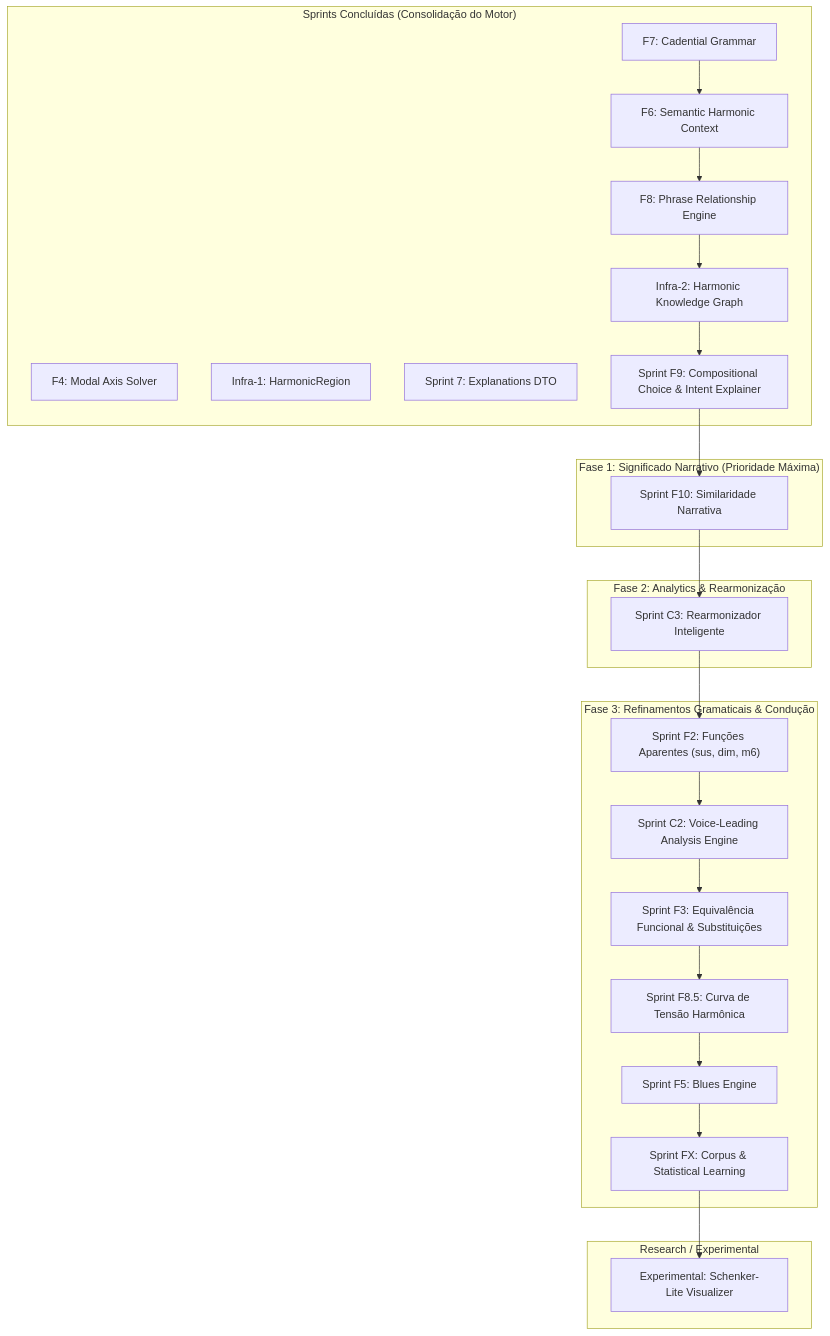
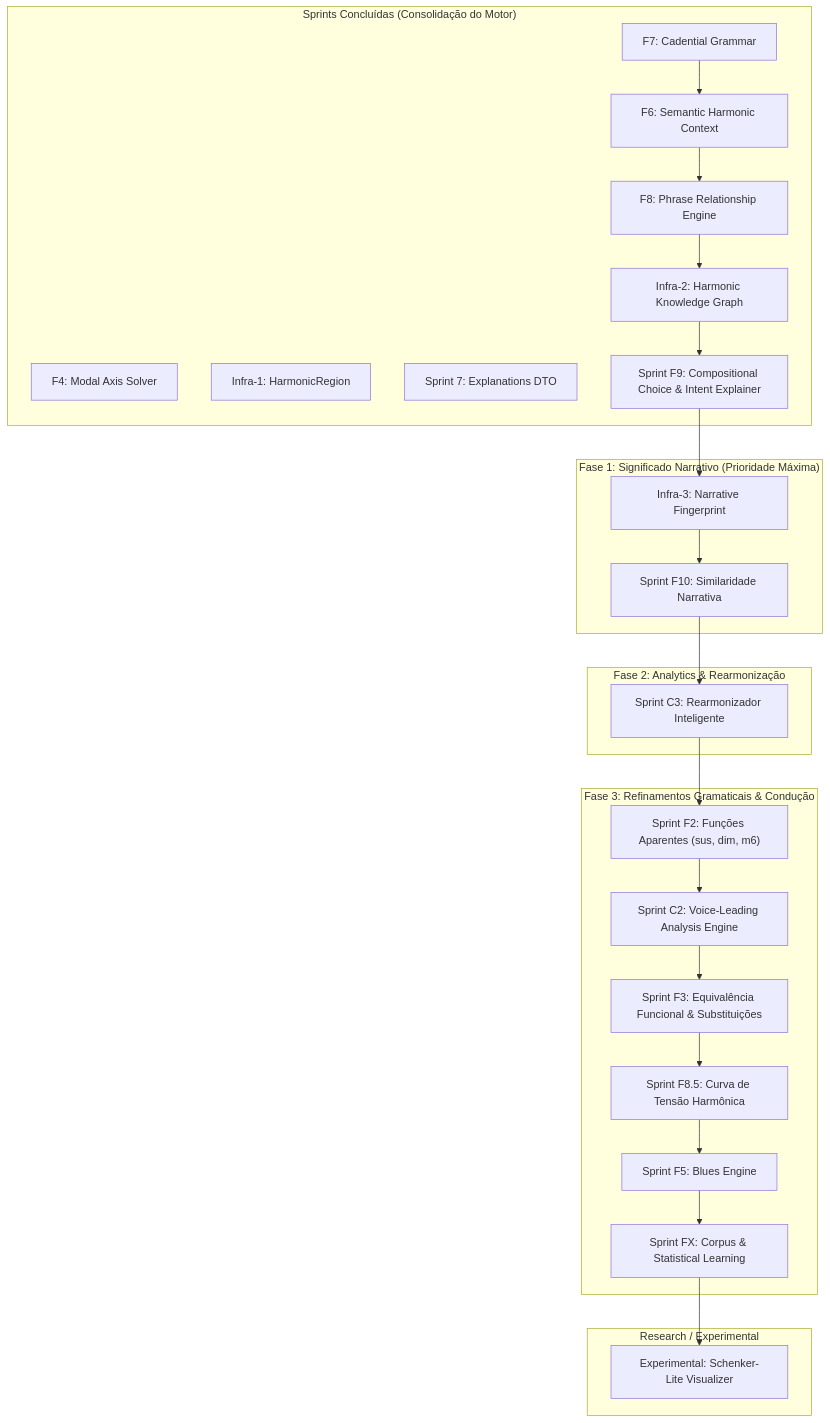
Before and after one commit to gustavoesteves/FindChord: the diagram in sprints/future_sprints.md, drawn with Mermaid. The commit also changed other lines of this file, not shown here.

Commit message:
Update future_sprints.md to add Sprint Infra-3: Narrative Fingerprint

````diff
--- a/sprints/future_sprints.md
+++ b/sprints/future_sprints.md
@@ -36,49 +36,53 @@
 ```mermaid
 graph TD
     subgraph "Sprints Concluídas (Consolidação do Motor)"
         C4["F4: Modal Axis Solver"]
         CI1["Infra-1: HarmonicRegion"]
         CS7["Sprint 7: Explanations DTO"]
         CF7["F7: Cadential Grammar"]
         F6["F6: Semantic Harmonic Context"]
         F8["F8: Phrase Relationship Engine"]
         I2["Infra-2: Harmonic Knowledge Graph"]
         F9["Sprint F9: Compositional Choice & Intent Explainer"]
     end
 
     subgraph "Fase 1: Significado Narrativo (Prioridade Máxima)"
+        I3["Infra-3: Narrative Fingerprint"]
         F10["Sprint F10: Similaridade Narrativa"]
     end
     
     subgraph "Fase 2: Analytics & Rearmonização"
         C3["Sprint C3: Rearmonizador Inteligente"]
     end
+
 
 
     subgraph "Fase 3: Refinamentos Gramaticais & Condução"
         F2["Sprint F2: Funções Aparentes (sus, dim, m6)"]
         C2["Sprint C2: Voice-Leading Analysis Engine"]
         F3["Sprint F3: Equivalência Funcional & Substituições"]
         F8T["Sprint F8.5: Curva de Tensão Harmônica"]
         F5["Sprint F5: Blues Engine"]
         FX["Sprint FX: Corpus & Statistical Learning"]
     end
 
     subgraph "Research / Experimental"
         C1["Experimental: Schenker-Lite Visualizer"]
     end
 
     CF7 --> F6
     F6 --> F8
     F8 --> I2
     I2 --> F9
-    F9 --> F10
+    F9 --> I3
+    I3 --> F10
     F10 --> C3
     C3 --> F2
     F2 --> C2
+
     C2 --> F3
     F3 --> F8T
     F8T --> F5
     F5 --> FX
     FX --> C1
 ```
````
